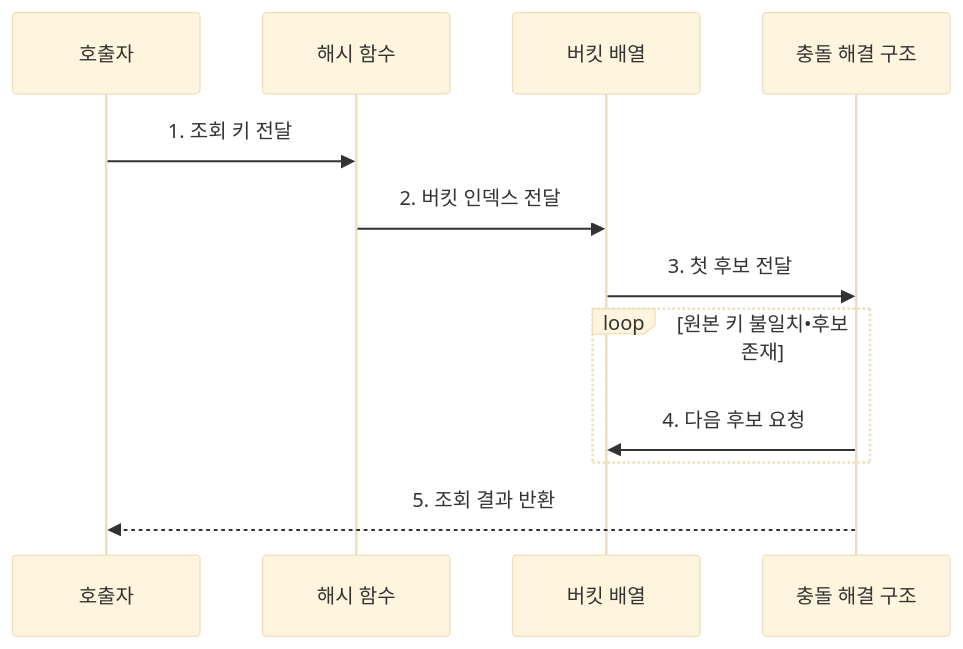
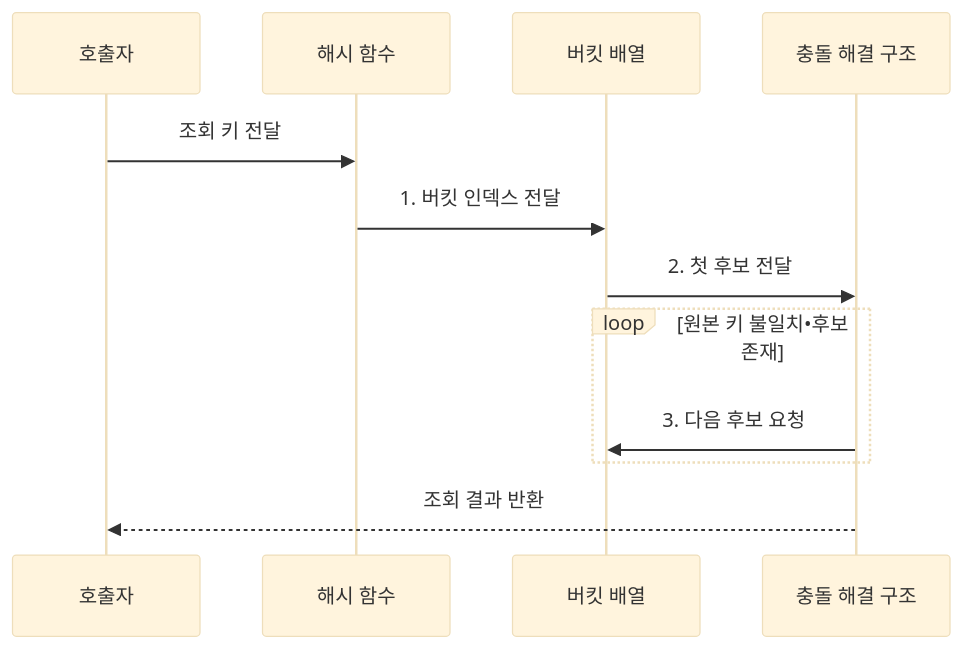
One commit to agnusdei1207/knowledge-base changed the second of 2 diagrams in src/content/docs/notes/01-basic-theory/005_hash_table.md. Above: the diagram before and after it, drawn with Mermaid (base theme). The commit also changed other lines of this file and 17 other files, not shown here.

````diff
--- a/src/content/docs/notes/01-basic-theory/005_hash_table.md
+++ b/src/content/docs/notes/01-basic-theory/005_hash_table.md
@@ -81,14 +82,14 @@
 ```mermaid
 sequenceDiagram
     participant Q as 호출자
     participant H as 해시 함수
     participant B as 버킷 배열
     participant C as 충돌 해결 구조
-    Q->>H: 1. 조회 키 전달
-    H->>B: 2. 버킷 인덱스 전달
-    B->>C: 3. 첫 후보 전달
+    Q->>H: 조회 키 전달
+    H->>B: 1. 버킷 인덱스 전달
+    B->>C: 2. 첫 후보 전달
     loop 원본 키 불일치•후보 존재
-        C->>B: 4. 다음 후보 요청
+        C->>B: 3. 다음 후보 요청
     end
-    C-->>Q: 5. 조회 결과 반환
+    C-->>Q: 조회 결과 반환
 ```
````
